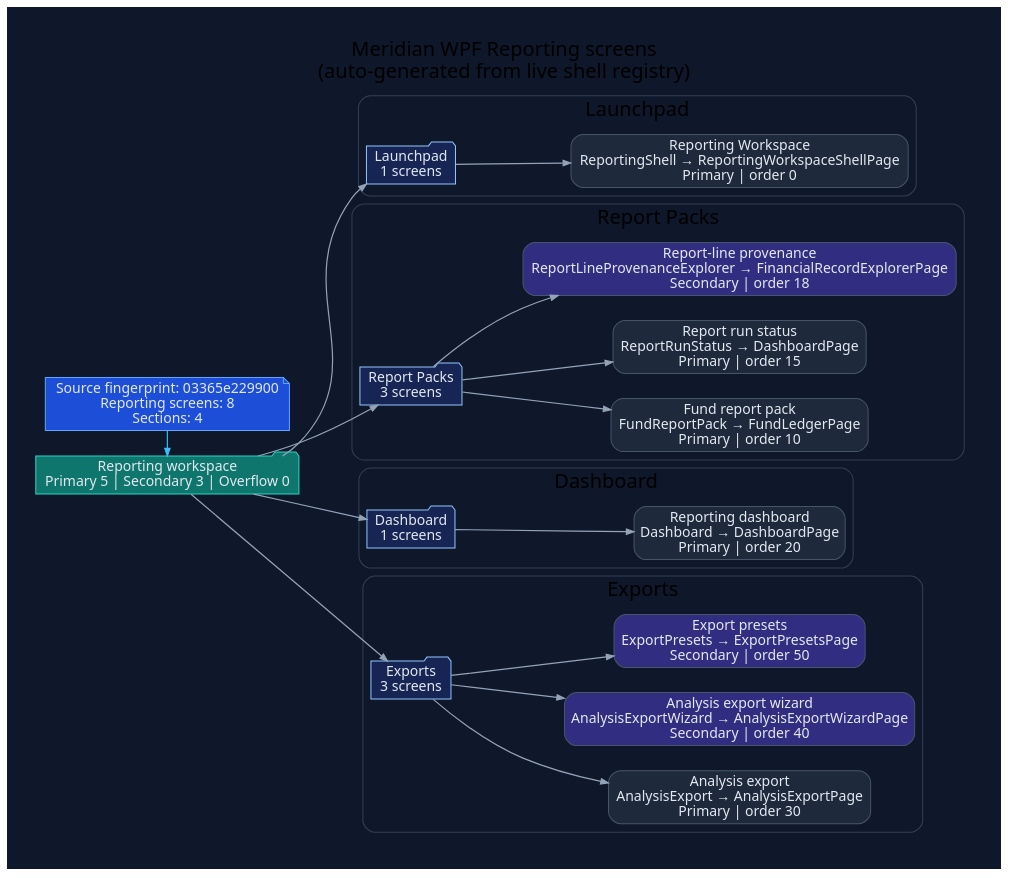
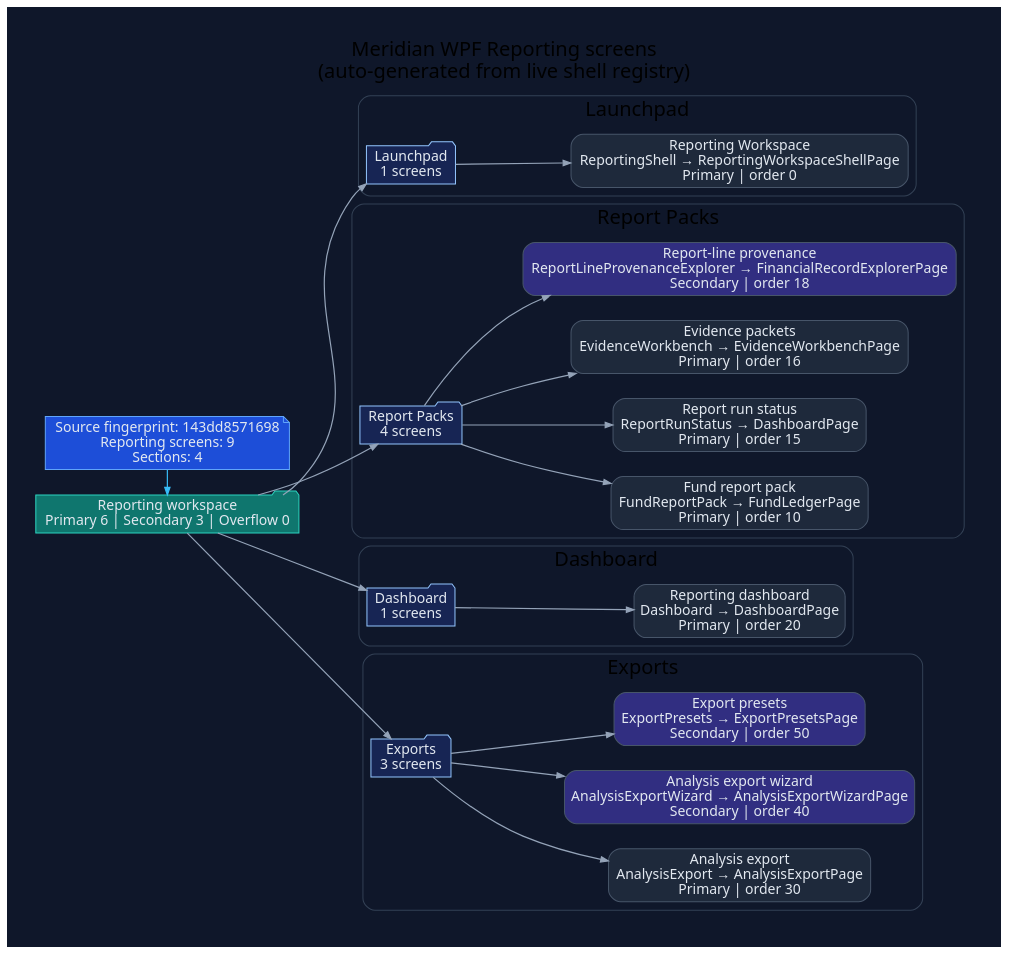
One commit to rodoHasArrived/Meridian-main changed the diagram in docs/diagrams/ui/ui-wpf-screens-reporting.dot. Above: the diagram before and after it, drawn with Graphviz. The commit also changed 48 other files, not shown here.

First line of the commit message:
Retitle Evidence Workbench navigation text and regenerate UI diagrams

```diff
--- a/docs/diagrams/ui/ui-wpf-screens-reporting.dot
+++ b/docs/diagrams/ui/ui-wpf-screens-reporting.dot
@@ -1,74 +1,76 @@
 // -----------------------------------------------------------------------------
 // <auto-generated>
 // Generated by scripts/generate-diagrams.mjs.
 // Do not edit this file directly; update the WPF source files instead.
 // -----------------------------------------------------------------------------
 digraph WpfReportingScreens {
   graph [
     rankdir=LR,
     labelloc=t,
     label="Meridian WPF Reporting screens\n(auto-generated from live shell registry)",
     fontname="Segoe UI",
     fontsize=20,
     pad=0.4,
     nodesep=0.35,
     ranksep=0.85,
     bgcolor="#0f172a"
   ];
   node [fontname="Segoe UI", shape=box, style="rounded,filled", color="#475569", fontcolor="#e2e8f0", fillcolor="#1e293b"];
   edge [fontname="Segoe UI", color="#94a3b8", penwidth=1.2, arrowsize=0.75];
 
-  generated [shape=note, fillcolor="#1d4ed8", color="#60a5fa", label="Source fingerprint: 03365e229900\nReporting screens: 8\nSections: 4"];
-  workspace [shape=folder, fillcolor="#0f766e", color="#2dd4bf", label="Reporting workspace\nPrimary 5 | Secondary 3 | Overflow 0"];
+  generated [shape=note, fillcolor="#1d4ed8", color="#60a5fa", label="Source fingerprint: 143dd8571698\nReporting screens: 9\nSections: 4"];
+  workspace [shape=folder, fillcolor="#0f766e", color="#2dd4bf", label="Reporting workspace\nPrimary 6 | Secondary 3 | Overflow 0"];
   generated -> workspace [color="#38bdf8"];
 
   subgraph cluster_section_1 {
     label="Launchpad";
     color="#334155";
     style="rounded";
     section_1 [shape=folder, fillcolor="#172554", color="#93c5fd", label="Launchpad\n1 screens"];
     workspace -> section_1;
     screen_ReportingShell [fillcolor="#1e293b", label="Reporting Workspace\nReportingShell → ReportingWorkspaceShellPage\nPrimary | order 0"];
     section_1 -> screen_ReportingShell;
   }
 
   subgraph cluster_section_2 {
     label="Report Packs";
     color="#334155";
     style="rounded";
-    section_2 [shape=folder, fillcolor="#172554", color="#93c5fd", label="Report Packs\n3 screens"];
+    section_2 [shape=folder, fillcolor="#172554", color="#93c5fd", label="Report Packs\n4 screens"];
     workspace -> section_2;
     screen_FundReportPack [fillcolor="#1e293b", label="Fund report pack\nFundReportPack → FundLedgerPage\nPrimary | order 10"];
     section_2 -> screen_FundReportPack;
     screen_ReportRunStatus [fillcolor="#1e293b", label="Report run status\nReportRunStatus → DashboardPage\nPrimary | order 15"];
     section_2 -> screen_ReportRunStatus;
+    screen_EvidenceWorkbench [fillcolor="#1e293b", label="Evidence packets\nEvidenceWorkbench → EvidenceWorkbenchPage\nPrimary | order 16"];
+    section_2 -> screen_EvidenceWorkbench;
     screen_ReportLineProvenanceExplorer [fillcolor="#312e81", label="Report-line provenance\nReportLineProvenanceExplorer → FinancialRecordExplorerPage\nSecondary | order 18"];
     section_2 -> screen_ReportLineProvenanceExplorer;
   }
 
   subgraph cluster_section_3 {
     label="Dashboard";
     color="#334155";
     style="rounded";
     section_3 [shape=folder, fillcolor="#172554", color="#93c5fd", label="Dashboard\n1 screens"];
     workspace -> section_3;
     screen_Dashboard [fillcolor="#1e293b", label="Reporting dashboard\nDashboard → DashboardPage\nPrimary | order 20"];
     section_3 -> screen_Dashboard;
   }
 
   subgraph cluster_section_4 {
     label="Exports";
     color="#334155";
     style="rounded";
     section_4 [shape=folder, fillcolor="#172554", color="#93c5fd", label="Exports\n3 screens"];
     workspace -> section_4;
     screen_AnalysisExport [fillcolor="#1e293b", label="Analysis export\nAnalysisExport → AnalysisExportPage\nPrimary | order 30"];
     section_4 -> screen_AnalysisExport;
     screen_AnalysisExportWizard [fillcolor="#312e81", label="Analysis export wizard\nAnalysisExportWizard → AnalysisExportWizardPage\nSecondary | order 40"];
     section_4 -> screen_AnalysisExportWizard;
     screen_ExportPresets [fillcolor="#312e81", label="Export presets\nExportPresets → ExportPresetsPage\nSecondary | order 50"];
     section_4 -> screen_ExportPresets;
   }
 
   { rank=min; generated; workspace; }
 }
```
